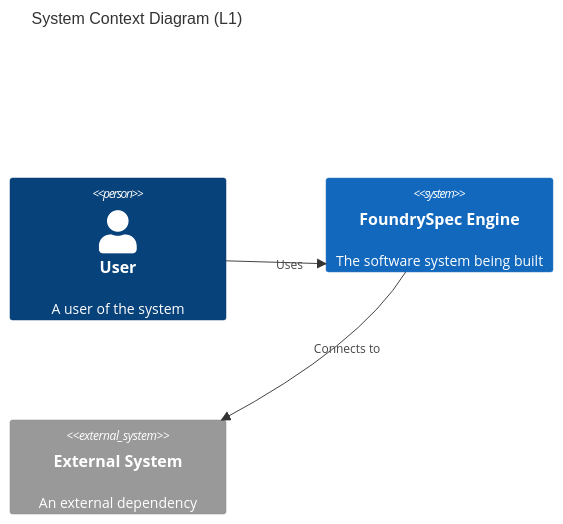
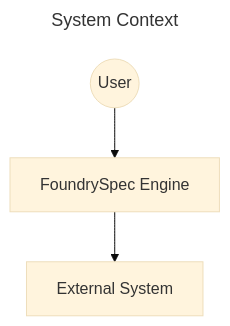
One commit to futurefoundai/foundryspec changed the diagram in docs/context/CTX_Group.mermaid. Above: the diagram before and after it, drawn with Mermaid (base theme). The commit also changed 10 other files, not shown here.

First line of the commit message:
feat: Implement intelligent caching for Mermaid parsing

```diff
--- a/docs/context/CTX_Group.mermaid
+++ b/docs/context/CTX_Group.mermaid
@@ -1,20 +1,17 @@
 ---
 id: "CTX_Group"
 title: System Context
 description: High-level system landscape.
 entities:
   - id: "CTX_System"
     uplink: "REQ_Functional"
     downlinks:
       - "BND_App"
 ---
+graph TD
+    User((User))
+    CTX_System[FoundrySpec Engine]
+    External[External System]
 
-C4Context
-    title System Context Diagram (L1)
-
-    Person(user, "User", "A user of the system")
-    System(CTX_System, "FoundrySpec Engine", "The software system being built")
-    System_Ext(external, "External System", "An external dependency")
-
-    Rel(user, CTX_System, "Uses")
-    Rel(CTX_System, external, "Connects to")
+    User --> CTX_System
+    CTX_System --> External
```
